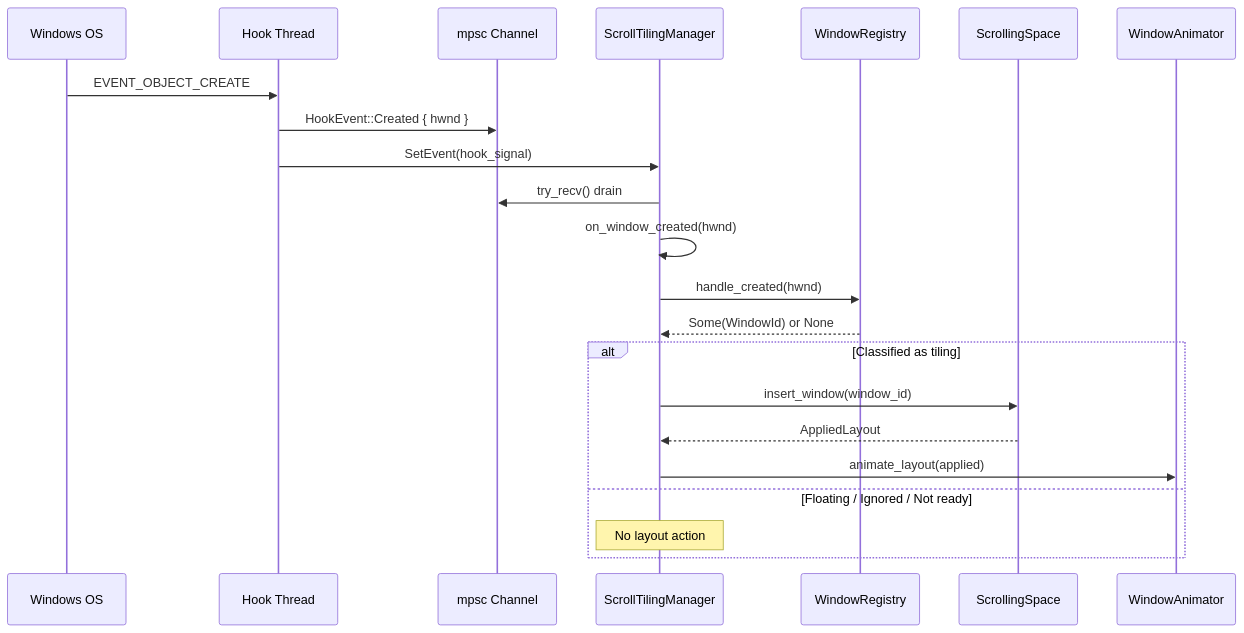
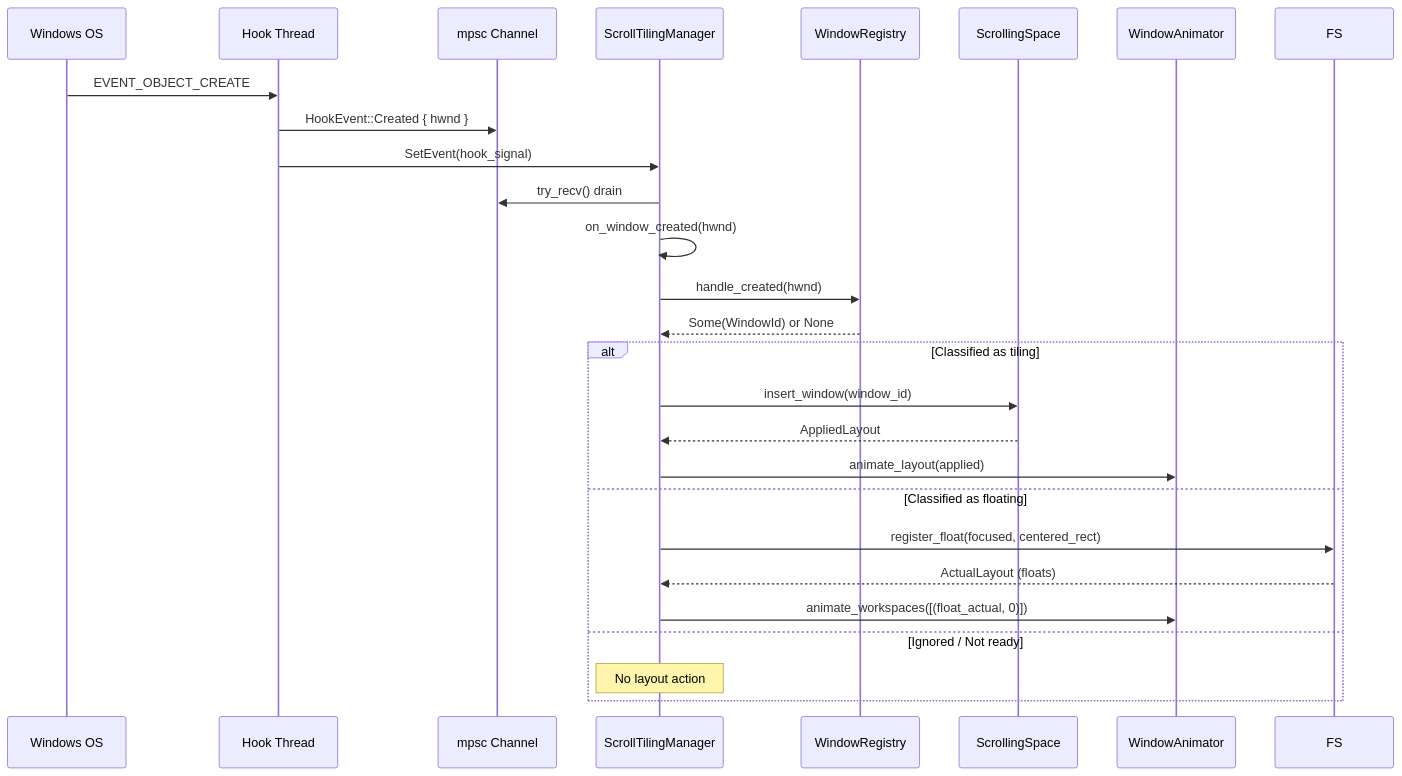
Before and after one commit to CCpcalvin/flow-wm: the first of 2 diagrams in docs/src/dev-guide/event-pipelines.md, drawn with Mermaid. The commit also changed other lines of this file and 4 other files, not shown here.

````diff
--- a/docs/src/dev-guide/event-pipelines.md
+++ b/docs/src/dev-guide/event-pipelines.md
@@ -15,25 +15,29 @@
 ```mermaid
 sequenceDiagram
     participant OS as Windows OS
     participant Hook as Hook Thread
     participant Chan as mpsc Channel
     participant STM as ScrollTilingManager
     participant Reg as WindowRegistry
     participant Layout as ScrollingSpace
     participant Anim as WindowAnimator
 
     OS->>Hook: EVENT_OBJECT_CREATE
     Hook->>Chan: HookEvent::Created { hwnd }
     Hook->>STM: SetEvent(hook_signal)
     STM->>Chan: try_recv() drain
     STM->>STM: on_window_created(hwnd)
     STM->>Reg: handle_created(hwnd)
     Reg-->>STM: Some(WindowId) or None
     alt Classified as tiling
         STM->>Layout: insert_window(window_id)
         Layout-->>STM: AppliedLayout
         STM->>Anim: animate_layout(applied)
-    else Floating / Ignored / Not ready
+    else Classified as floating
+        STM->>FS: register_float(focused, centered_rect)
+        FS-->>STM: ActualLayout (floats)
+        STM->>Anim: animate_workspaces([(float_actual, 0)])
+    else Ignored / Not ready
         Note over STM: No layout action
     end
 ```
````
